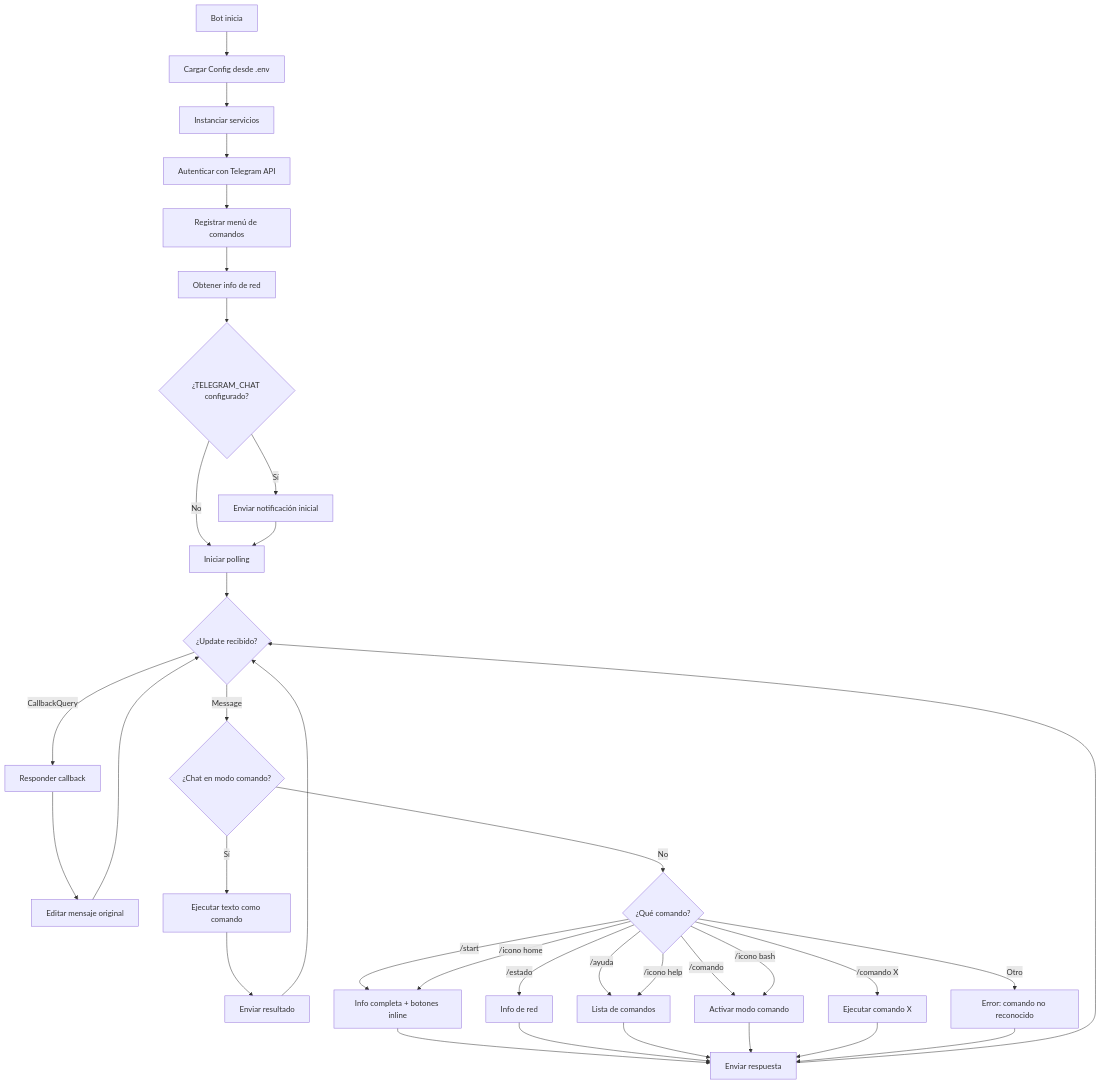
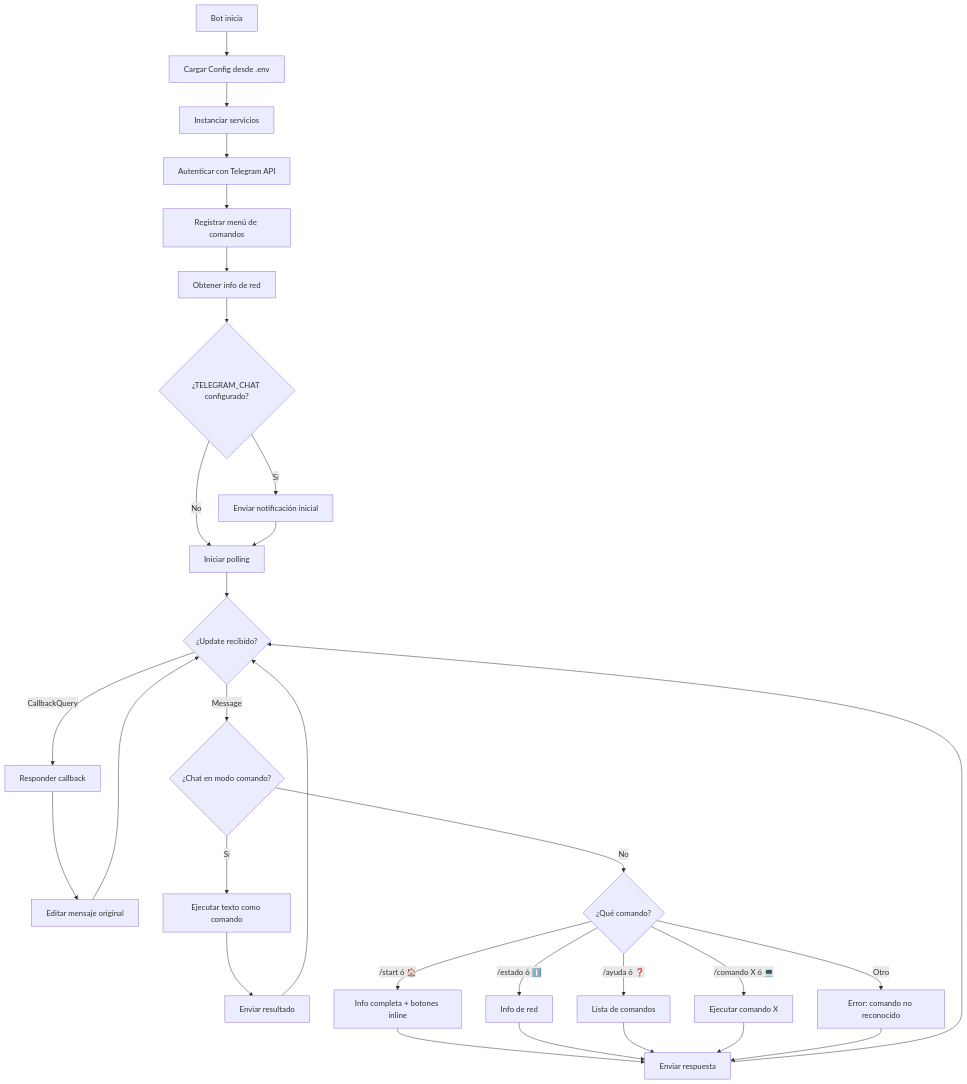
Before and after one commit to MartinCiro/telegram_go: the second of 3 diagrams in README.md, drawn with Mermaid. The commit also changed 1 other file, not shown here.

Commit message:
update: Se actualiza documentación, flujo de ejecución

````diff
--- a/README.md
+++ b/README.md
@@ -182,41 +182,35 @@
 ```mermaid
 graph TD
     A[Bot inicia] --> B[Cargar Config desde .env]
     B --> C[Instanciar servicios]
     C --> D[Autenticar con Telegram API]
     D --> E[Registrar menú de comandos]
     E --> F[Obtener info de red]
     F --> G{¿TELEGRAM_CHAT configurado?}
     G -->|Sí| H[Enviar notificación inicial]
     G -->|No| I[Iniciar polling]
     H --> I
     
     I --> J{¿Update recibido?}
     J -->|CallbackQuery| K[Responder callback]
     K --> L[Editar mensaje original]
     L --> J
     
     J -->|Message| M{¿Chat en modo comando?}
     M -->|Sí| N[Ejecutar texto como comando]
     N --> O[Enviar resultado]
     O --> J
     
     M -->|No| P{¿Qué comando?}
-    P -->|/start| Q[Info completa + botones inline]
-    P -->|/estado| R[Info de red]
-    P -->|/ayuda| S[Lista de comandos]
-    P -->|/comando| T[Activar modo comando]
-    P -->|/comando X| U[Ejecutar comando X]
-    P -->|/icono home| Q
-    P -->|/icono help| S
-    P -->|/icono bash| T
+    P -->|/start ó 🏠| Q[Info completa + botones inline]
+    P -->|/estado ó ℹ️| R[Info de red]
+    P -->|/ayuda ó ❓| S[Lista de comandos]
+    P -->|/comando X ó 💻| T[Ejecutar comando X]
     P -->|Otro| V[Error: comando no reconocido]
-    
     Q --> W[Enviar respuesta]
     R --> W
     S --> W
     T --> W
-    U --> W
     V --> W
     W --> J
 ```
````
